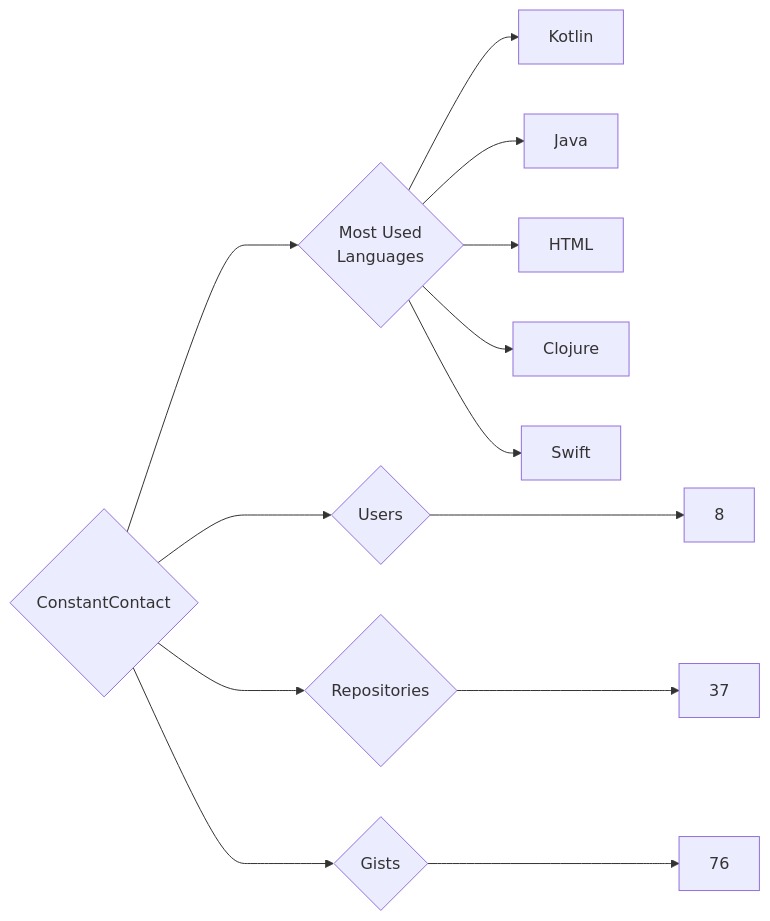
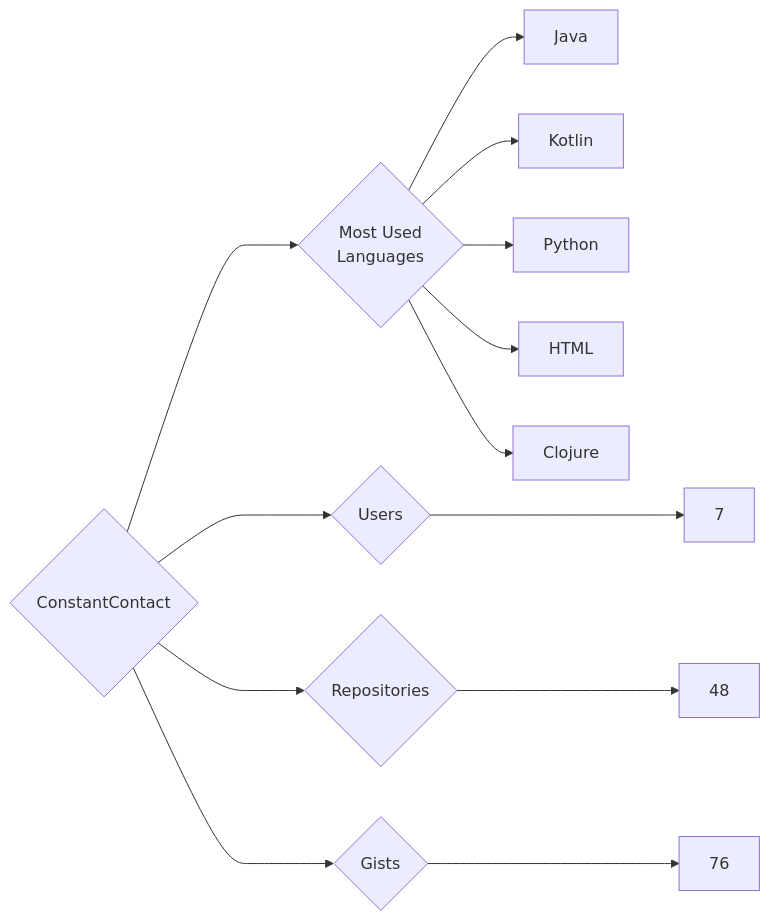
One commit to trickest/insiders changed the diagram in targets/ConstantContact/README.md. Above: the diagram before and after it, drawn with Mermaid. The commit also changed 1020 other files, not shown here.

````diff
--- a/targets/ConstantContact/README.md
+++ b/targets/ConstantContact/README.md
@@ -3,13 +3,13 @@
 ```mermaid
 graph LR
 COMPANY_NAME{ConstantContact}
-COMPANY_NAME ---> U{Users} ---> UN[8]
-COMPANY_NAME ---> R{Repositories} ---> RN[37]
+COMPANY_NAME ---> U{Users} ---> UN[7]
+COMPANY_NAME ---> R{Repositories} ---> RN[48]
 COMPANY_NAME ---> G{Gists} ---> GN[76]
 COMPANY_NAME ---> ML{Most Used<br>Languages}
+ML --> Java[Java]
 ML --> Kotlin[Kotlin]
-ML --> Java[Java]
+ML --> Python[Python]
 ML --> HTML[HTML]
 ML --> Clojure[Clojure]
-ML --> Swift[Swift]
 ```
````
